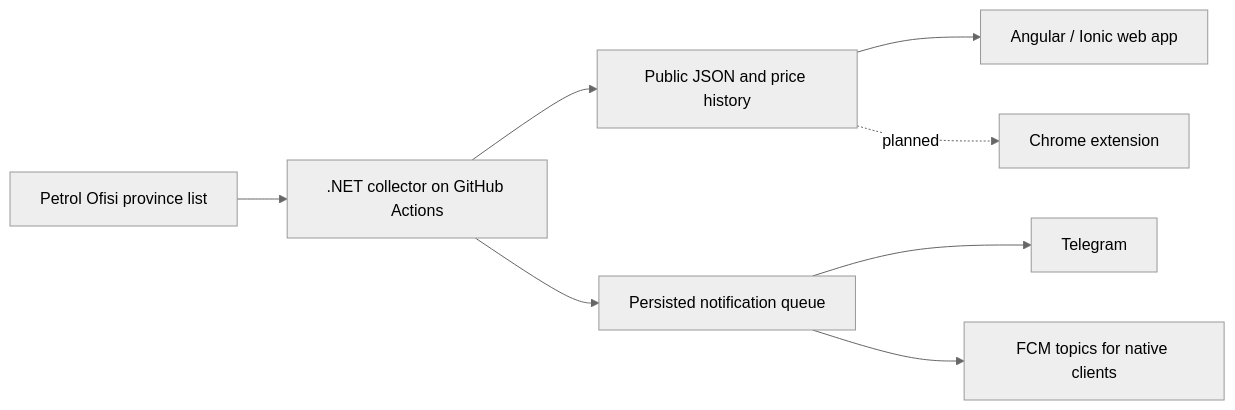
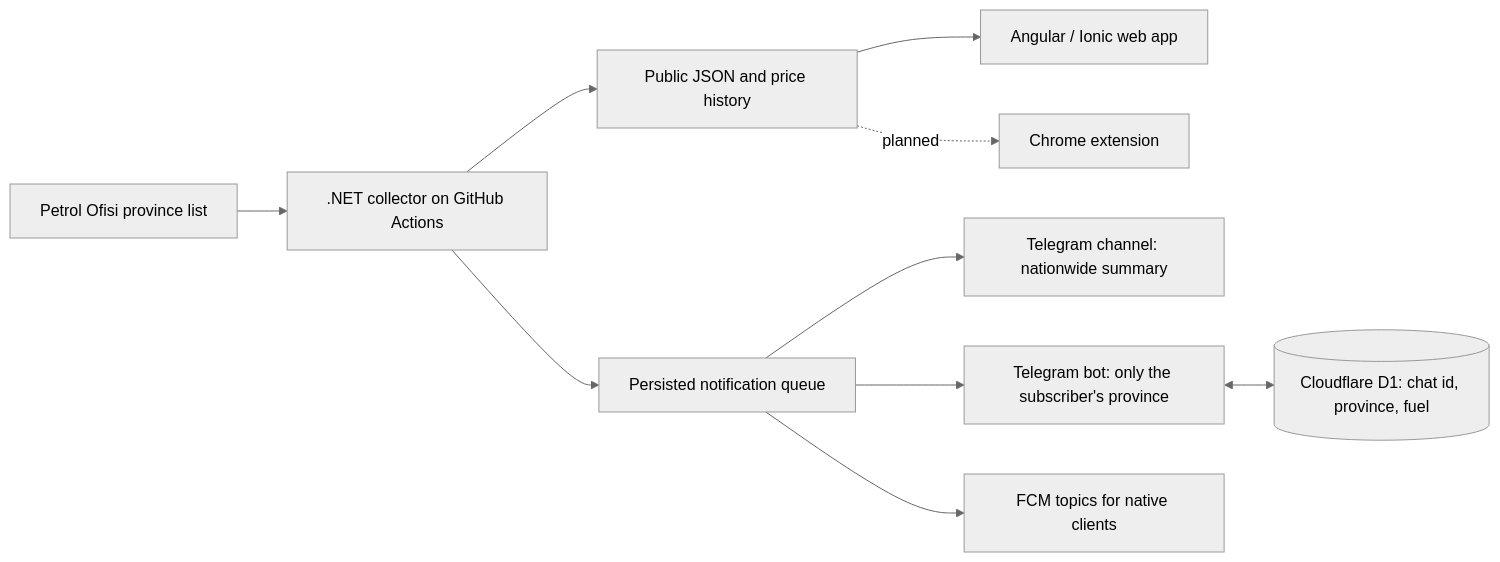
One commit to ozkurtomer/depo-dolu changed the diagram in README.md. Above: the diagram before and after it, drawn with Mermaid (neutral theme). The commit also changed other lines of this file and 54 other files, not shown here.

````diff
--- a/README.md
+++ b/README.md
@@ -117,10 +123,12 @@
 ```mermaid
 flowchart LR
     PO[Petrol Ofisi province list] --> C[.NET collector on GitHub Actions]
     C --> D[Public JSON and price history]
     C --> Q[Persisted notification queue]
     D --> W[Angular / Ionic web app]
     D -. planned .-> E[Chrome extension]
-    Q --> T[Telegram]
+    Q --> T[Telegram channel: nationwide summary]
+    Q --> B[Telegram bot: only the subscriber's province]
+    B <--> S[(Cloudflare D1: chat id, province, fuel)]
     Q --> F[FCM topics for native clients]
 ```
````
